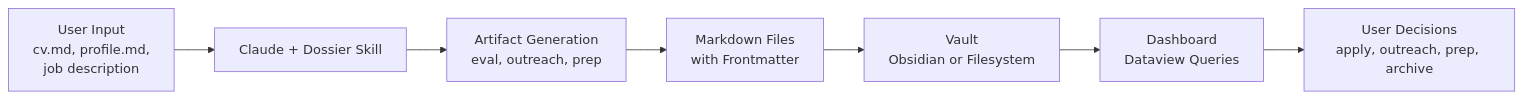
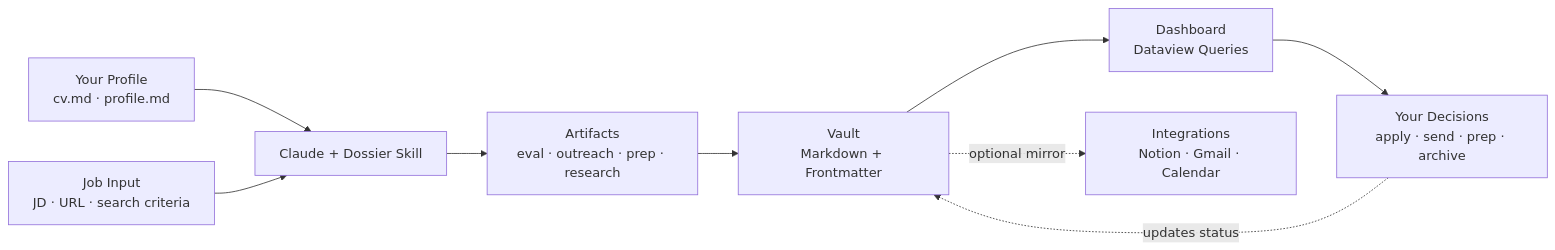
The diagram in README.md (markmcgrath/Dossier), drawn with Mermaid before and after one commit. The commit also changed other lines of this file and 11 other files, not shown here.

````diff
--- a/README.md
+++ b/README.md
@@ -12,9 +20,11 @@
 ```mermaid
 flowchart LR
-    A[User Input<br/>cv.md, profile.md,<br/>job description] --> B[Claude + Dossier Skill]
-    B --> C[Artifact Generation<br/>eval, outreach, prep]
-    C --> D[Markdown Files<br/>with Frontmatter]
-    D --> E[Vault<br/>Obsidian or Filesystem]
-    E --> F[Dashboard<br/>Dataview Queries]
-    F --> G[User Decisions<br/>apply, outreach, prep, archive]
+    P[Your Profile<br/>cv.md · profile.md] --> S[Claude + Dossier Skill]
+    J[Job Input<br/>JD · URL · search criteria] --> S
+    S --> A[Artifacts<br/>eval · outreach · prep · research]
+    A --> V[Vault<br/>Markdown + Frontmatter]
+    V --> D[Dashboard<br/>Dataview Queries]
+    D --> U[Your Decisions<br/>apply · send · prep · archive]
+    U -.->|updates status| V
+    V -.->|optional mirror| I[Integrations<br/>Notion · Gmail · Calendar]
 ```
````
